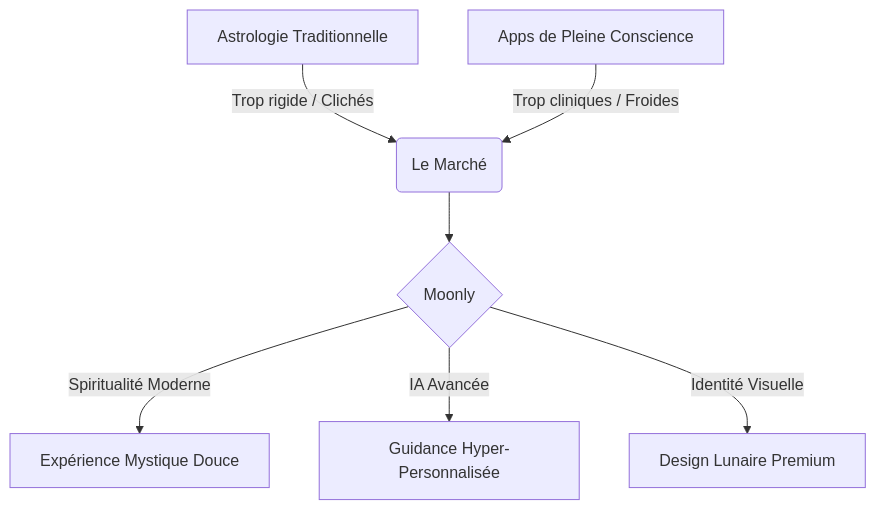
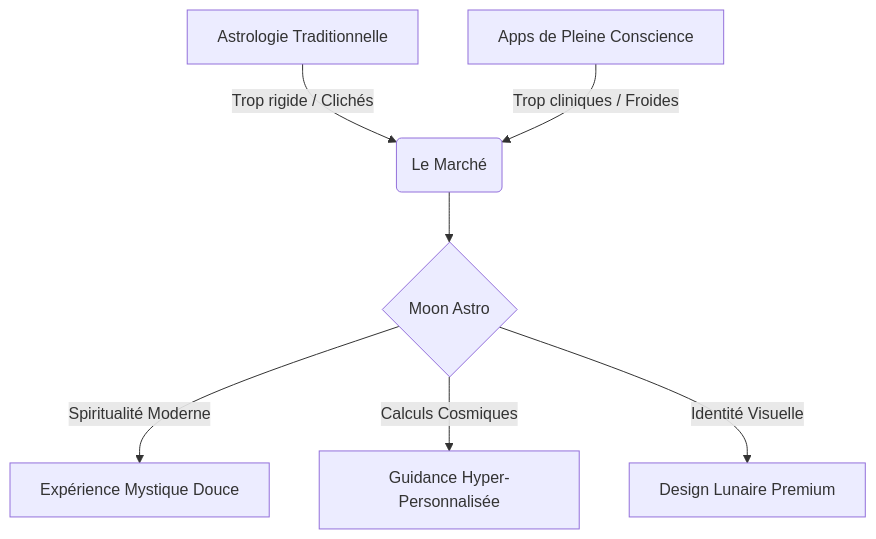
Before and after one commit to MelDennis1992/MoonAstro: the first of 6 diagrams in productdesign.md, drawn with Mermaid. The commit also changed other lines of this file and 10 other files, not shown here.

````diff
--- a/productdesign.md
+++ b/productdesign.md
@@ -18,9 +18,9 @@
 ```mermaid
 graph TD
     A[Astrologie Traditionnelle] -->|Trop rigide / Clichés| C(Le Marché)
     B[Apps de Pleine Conscience] -->|Trop cliniques / Froides| C
-    C --> D{Moonly}
+    C --> D{Moon Astro}
     D -->|Spiritualité Moderne| E[Expérience Mystique Douce]
-    D -->|IA Avancée| F[Guidance Hyper-Personnalisée]
+    D -->|Calculs Cosmiques| F[Guidance Hyper-Personnalisée]
     D -->|Identité Visuelle| G[Design Lunaire Premium]
 ```
````
